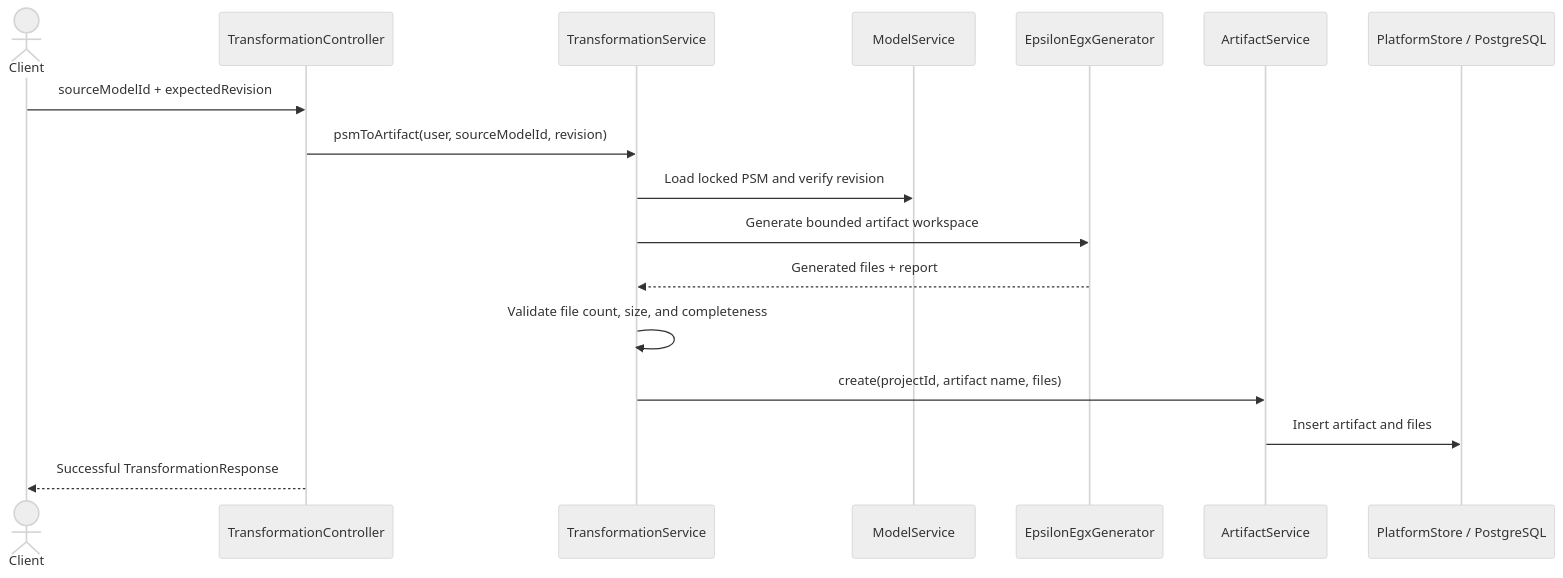
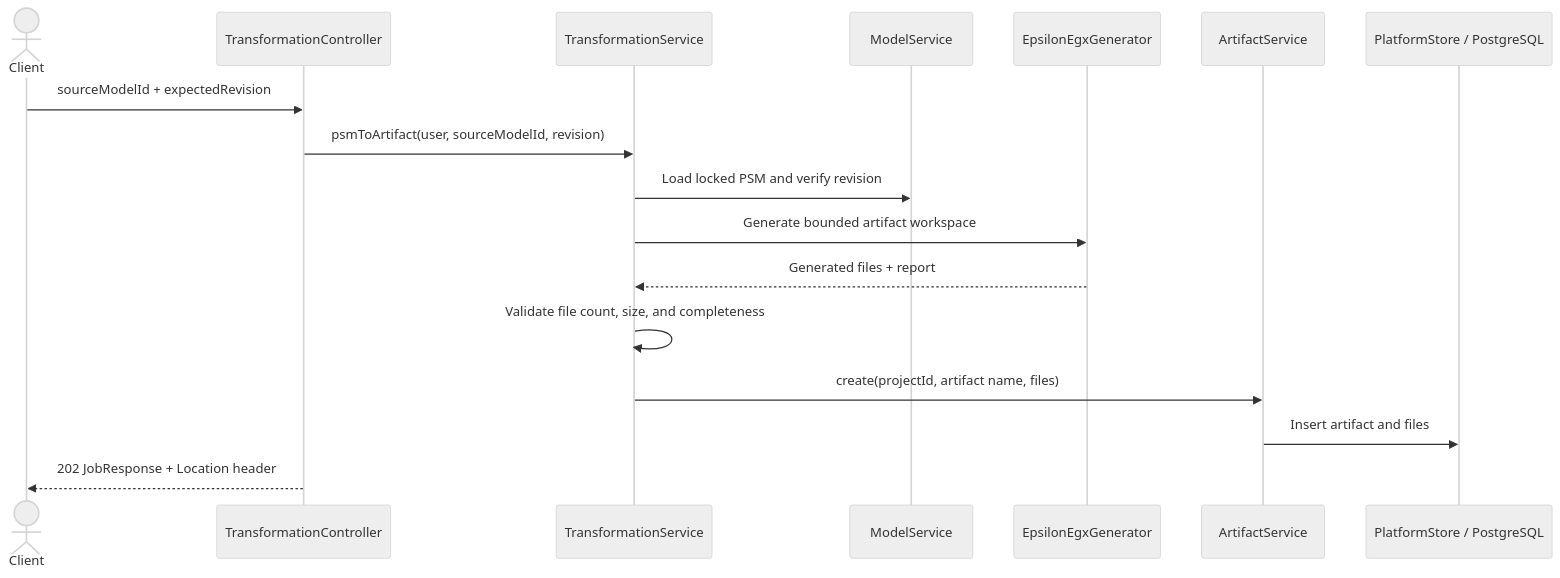
One commit to mehdieidi/modriss changed the third of 11 diagrams in docs/diagrams/11-api-transformation-artifact-sequences.md. Above: the diagram before and after it, drawn with Mermaid (neutral theme). The commit also changed other lines of this file and 13 other files, not shown here.

````diff
--- a/docs/diagrams/11-api-transformation-artifact-sequences.md
+++ b/docs/diagrams/11-api-transformation-artifact-sequences.md
@@ -47,19 +47,19 @@
 ```mermaid
 sequenceDiagram
     actor Client
     participant C as TransformationController
     participant T as TransformationService
     participant M as ModelService
     participant EGX as EpsilonEgxGenerator
     participant A as ArtifactService
     participant DB as PlatformStore / PostgreSQL
     Client->>C: sourceModelId + expectedRevision
     C->>T: psmToArtifact(user, sourceModelId, revision)
     T->>M: Load locked PSM and verify revision
     T->>EGX: Generate bounded artifact workspace
     EGX-->>T: Generated files + report
     T->>T: Validate file count, size, and completeness
     T->>A: create(projectId, artifact name, files)
     A->>DB: Insert artifact and files
-    C-->>Client: Successful TransformationResponse
+    C-->>Client: 202 JobResponse + Location header
 ```
````
